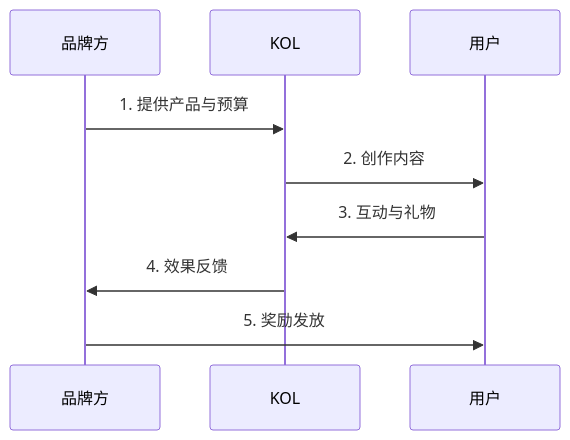
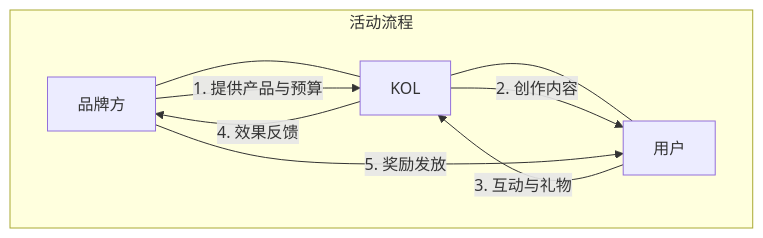
Before and after one commit to MEMEFANS/memefans: the diagram in docs/use-cases-detailed.md, drawn with Mermaid. The commit also changed other lines of this file and 21 other files, not shown here.

Commit message:
docs: update market strategy and technical details with comprehensive diagrams

````diff
--- a/docs/use-cases-detailed.md
+++ b/docs/use-cases-detailed.md
@@ -65,11 +14,12 @@
 ```mermaid
-sequenceDiagram
-    participant B as 品牌方
-    participant I as KOL
-    participant U as 用户
-    B->>I: 1. 提供产品与预算
-    I->>U: 2. 创作内容
-    U->>I: 3. 互动与礼物
-    I->>B: 4. 效果反馈
-    B->>U: 5. 奖励发放
+graph TB
+    subgraph 活动流程
+    品牌方 --- KOL
+    KOL --- 用户
+    品牌方 -->|1. 提供产品与预算| KOL
+    KOL -->|2. 创作内容| 用户
+    用户 -->|3. 互动与礼物| KOL
+    KOL -->|4. 效果反馈| 品牌方
+    品牌方 -->|5. 奖励发放| 用户
+    end
 ```
````
